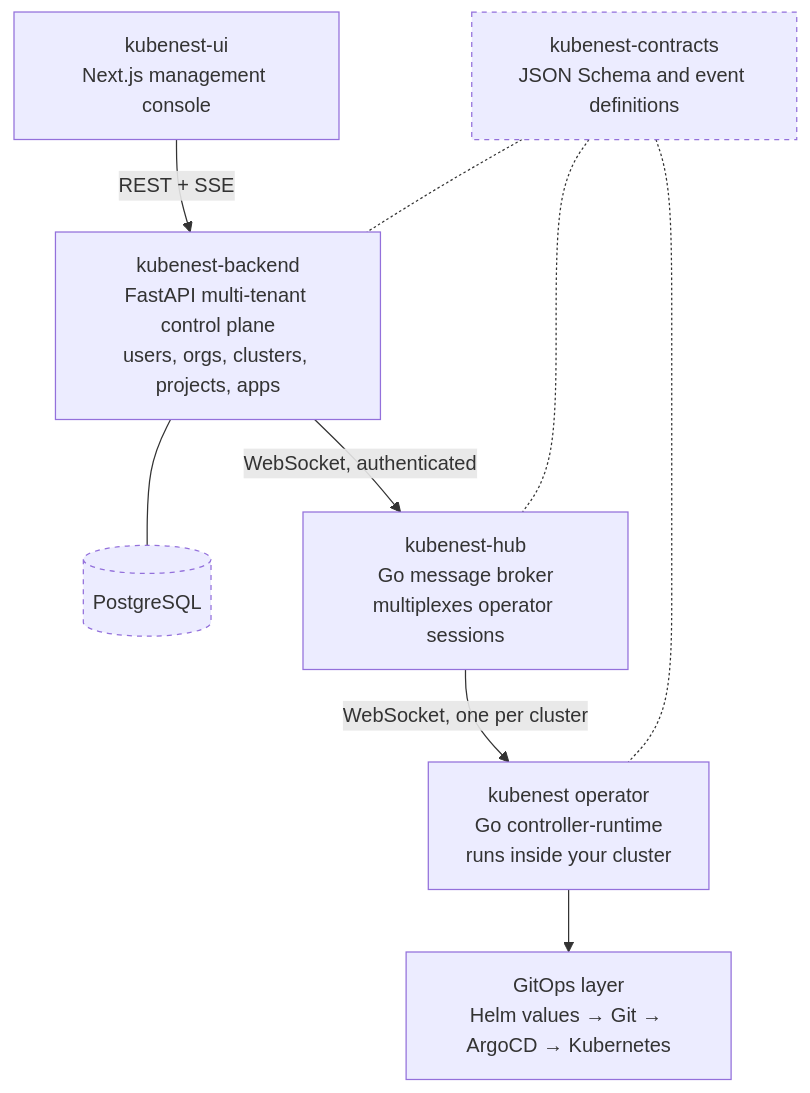
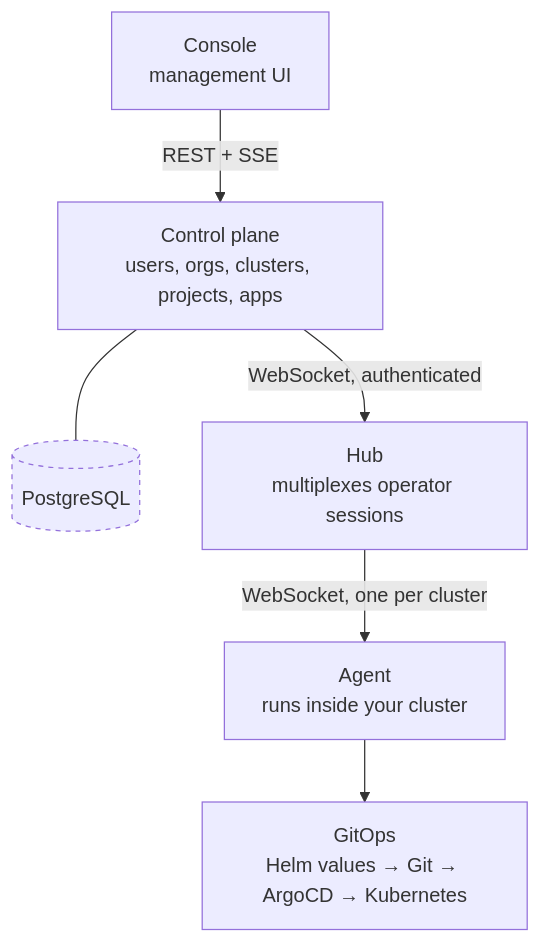
The diagram in content/index.mdx (kubenesthq/docs), drawn with Mermaid before and after one commit. The commit also changed other lines of this file and 41 other files, not shown here.

````diff
--- a/content/index.mdx
+++ b/content/index.mdx
@@ -90,23 +75,17 @@
 ```mermaid
 flowchart TD
-    UI["kubenest-ui<br/>Next.js management console"]
-    BE["kubenest-backend<br/>FastAPI multi-tenant control plane<br/>users, orgs, clusters, projects, apps"]
+    UI["Console<br/>management UI"]
+    BE["Control plane<br/>users, orgs, clusters, projects, apps"]
     DB[("PostgreSQL")]
-    HUB["kubenest-hub<br/>Go message broker<br/>multiplexes operator sessions"]
-    OP["kubenest operator<br/>Go controller-runtime<br/>runs inside your cluster"]
-    GIT["GitOps layer<br/>Helm values → Git → ArgoCD → Kubernetes"]
-    CON["kubenest-contracts<br/>JSON Schema and event definitions"]
+    HUB["Hub<br/>multiplexes operator sessions"]
+    OP["Agent<br/>runs inside your cluster"]
+    GIT["GitOps<br/>Helm values → Git → ArgoCD → Kubernetes"]
 
     UI -- "REST + SSE" --> BE
     BE --- DB
     BE -- "WebSocket, authenticated" --> HUB
     HUB -- "WebSocket, one per cluster" --> OP
     OP --> GIT
 
-    CON -.- BE
-    CON -.- HUB
-    CON -.- OP
-
-    style CON stroke-dasharray: 4 4
     style DB stroke-dasharray: 4 4
 ```
````
